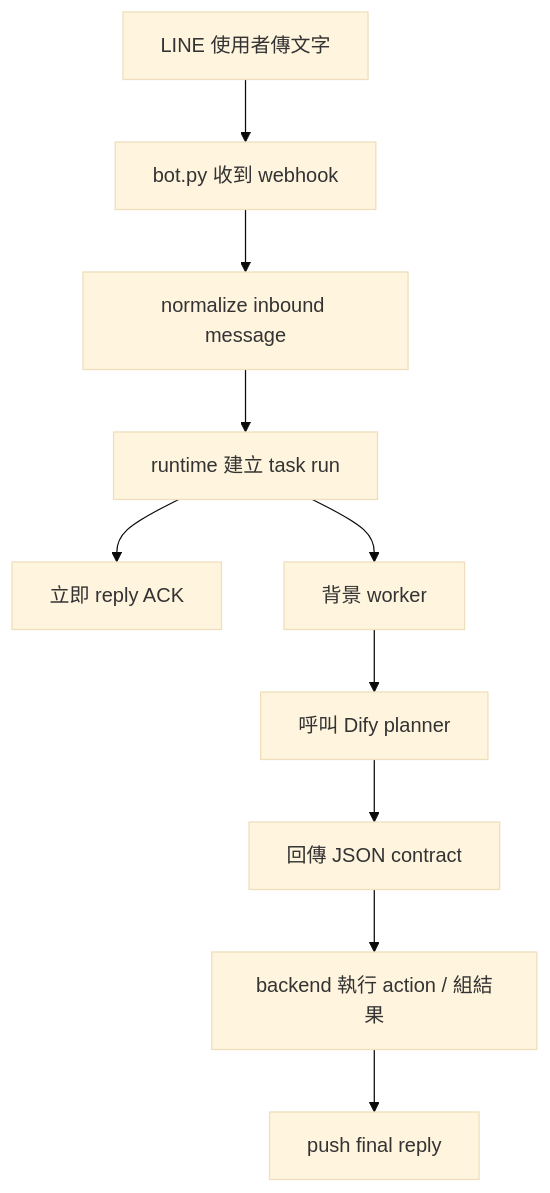
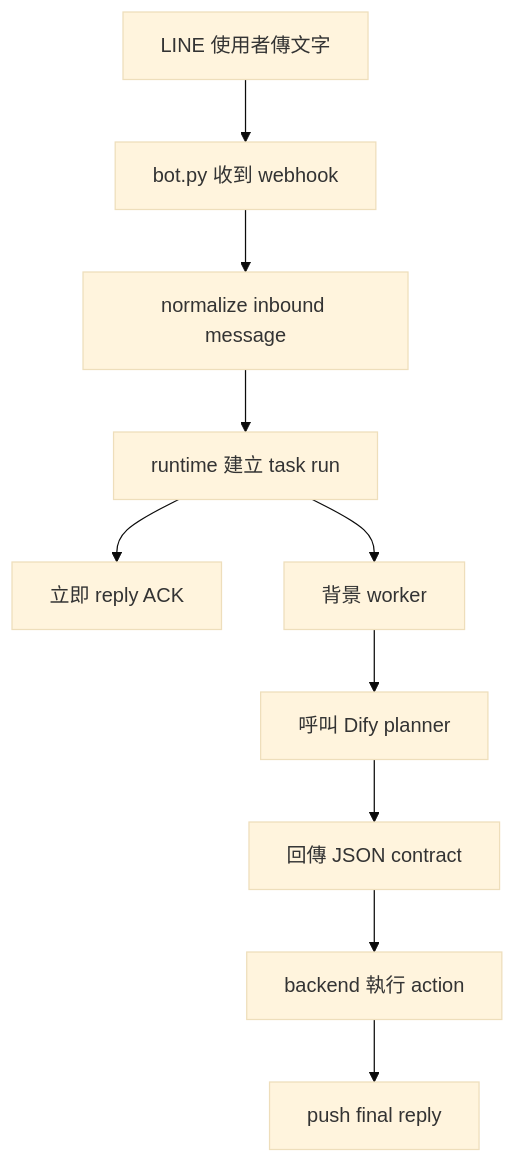
Before and after one commit to tyler19991101/agent: the second of 5 diagrams in lineagent/README.md, drawn with Mermaid (base theme). The commit also changed other lines of this file, not shown here.

````diff
--- a/lineagent/README.md
+++ b/lineagent/README.md
@@ -239,12 +156,12 @@
 ```mermaid
 flowchart TD
     A["LINE 使用者傳文字"] --> B["bot.py 收到 webhook"]
     B --> C["normalize inbound message"]
     C --> D["runtime 建立 task run"]
     D --> E["立即 reply ACK"]
     D --> F["背景 worker"]
     F --> G["呼叫 Dify planner"]
     G --> H["回傳 JSON contract"]
-    H --> I["backend 執行 action / 組結果"]
+    H --> I["backend 執行 action"]
     I --> J["push final reply"]
 ```
````
